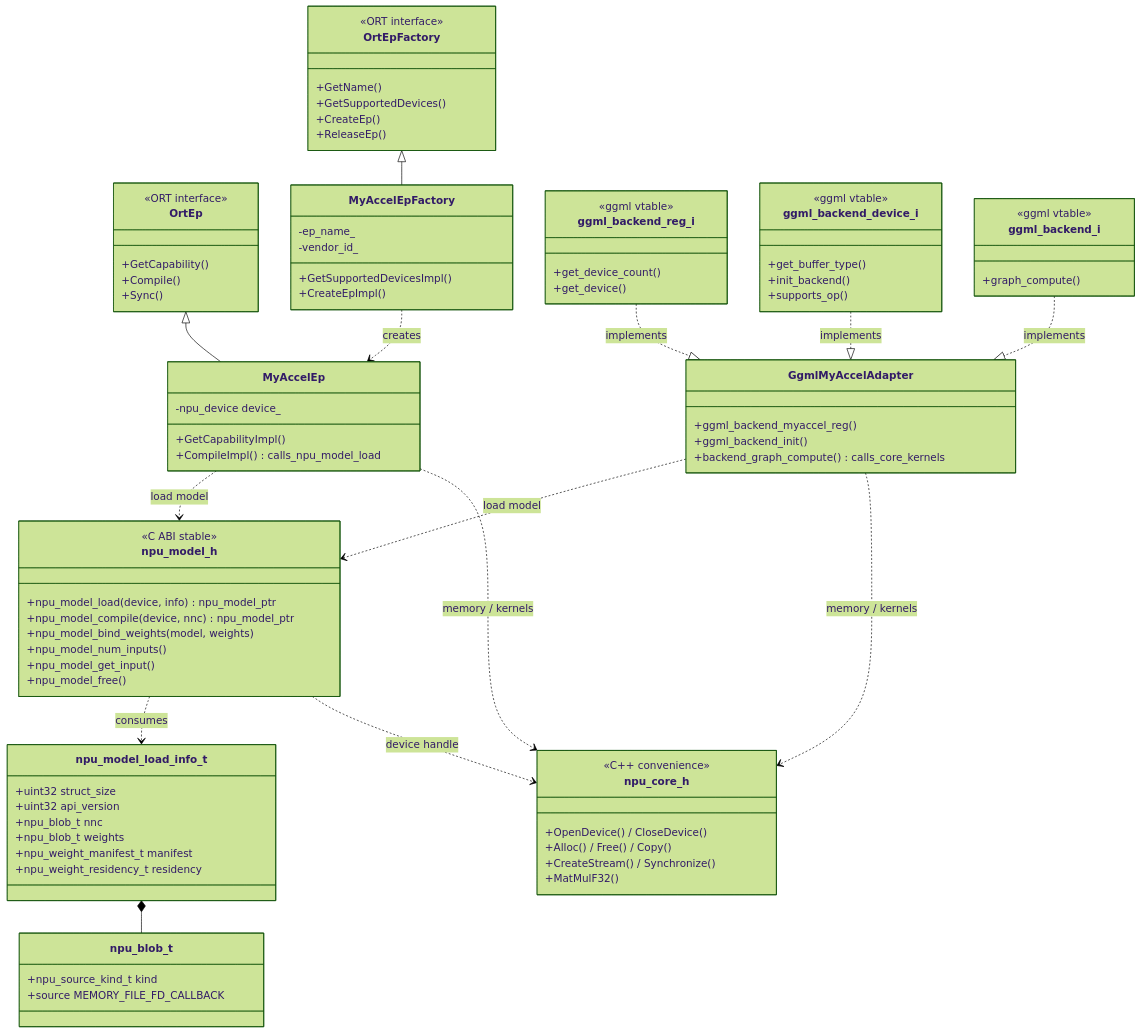
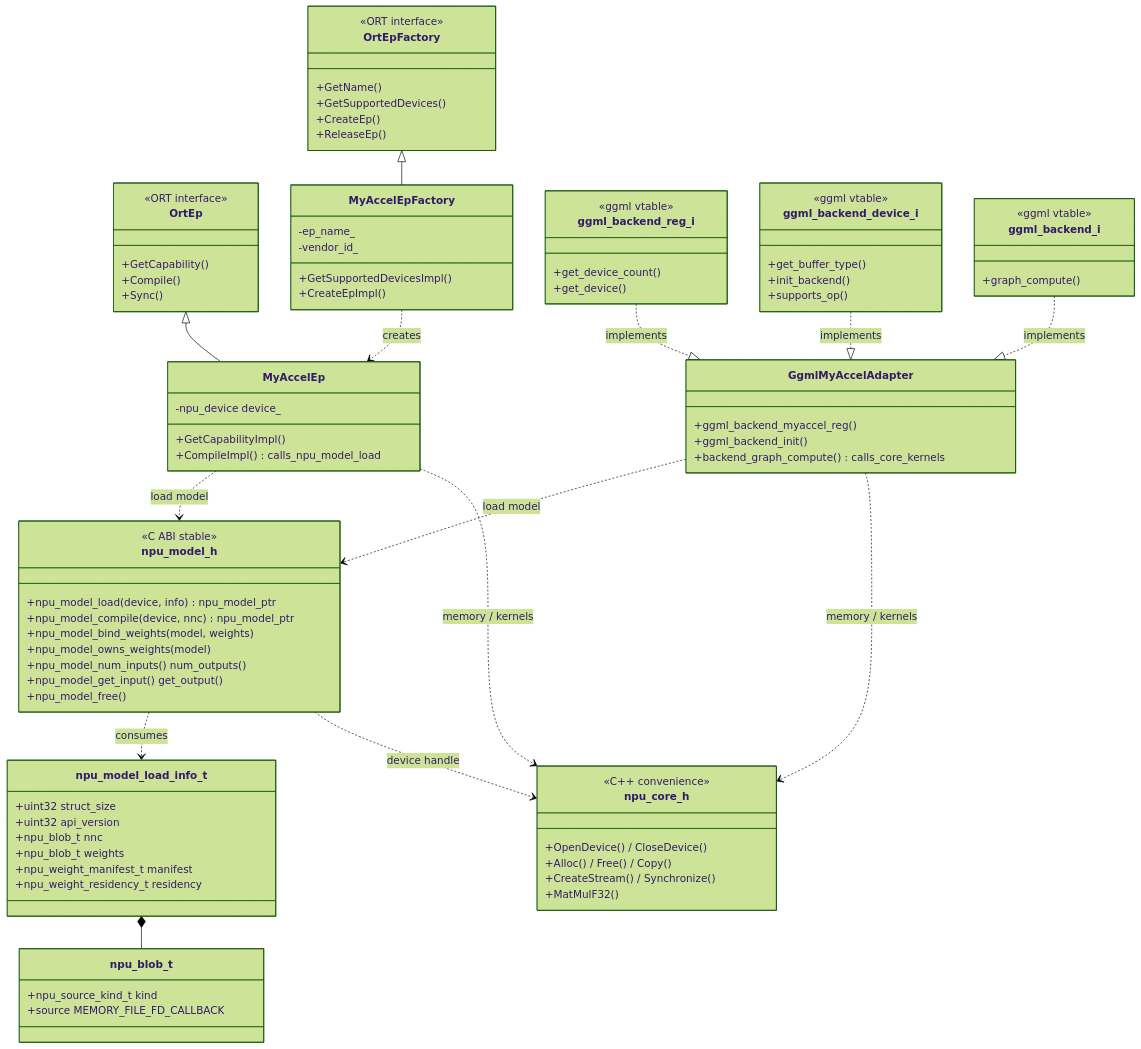
Before and after one commit to froginaz/onnxruntime: the second of 6 diagrams in shared_backend/docs/design.md, drawn with Mermaid (forest theme). The commit also changed other lines of this file and 1 other file, not shown here.

First line of the commit message:
Refine sequence diagrams: user-initiated, class-name participants, matched methods

```diff
--- a/shared_backend/docs/design.md
+++ b/shared_backend/docs/design.md
@@ -130,8 +130,9 @@
         +npu_model_load(device, info) npu_model_ptr
         +npu_model_compile(device, nnc) npu_model_ptr
         +npu_model_bind_weights(model, weights)
-        +npu_model_num_inputs()
-        +npu_model_get_input()
+        +npu_model_owns_weights(model)
+        +npu_model_num_inputs() num_outputs()
+        +npu_model_get_input() get_output()
         +npu_model_free()
     }
     class npu_model_load_info_t {
```
